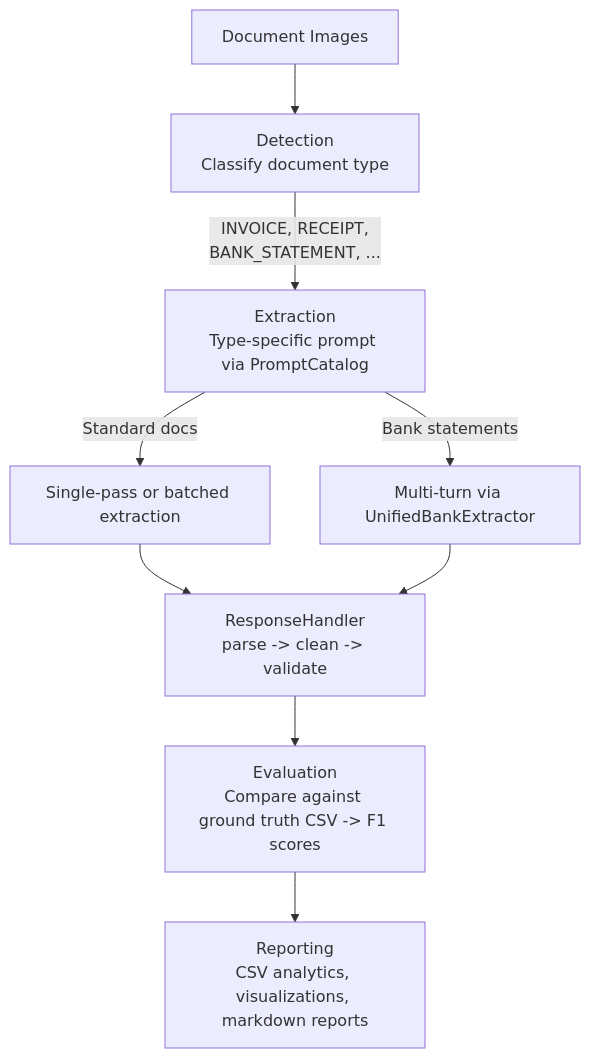
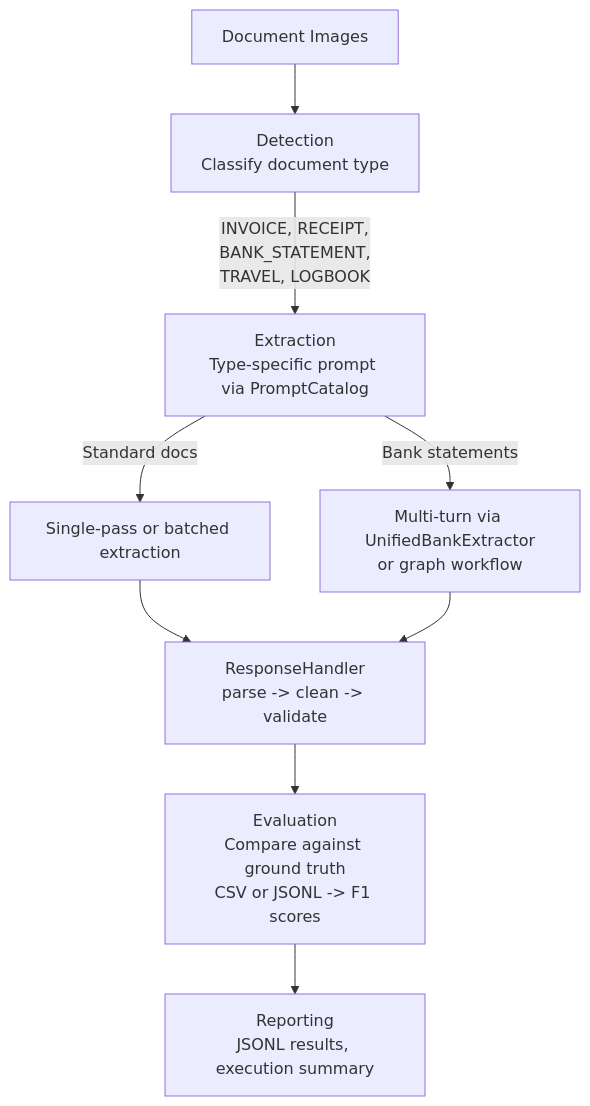
The third of 6 diagrams in README.md (tmnestor/LMM_POC), drawn with Mermaid before and after one commit. The commit also changed other lines of this file, not shown here.

Commit message:
docs: comprehensive README update with usage, graph workflows, entrypoint.sh reference

````diff
--- a/README.md
+++ b/README.md
@@ -236,17 +556,17 @@
 ```mermaid
 graph TD
     IMG["Document Images"] --> DET
 
     DET["Detection<br/>Classify document type"]
-    DET -->|"INVOICE, RECEIPT,<br/>BANK_STATEMENT, ..."| EXT
+    DET -->|"INVOICE, RECEIPT,<br/>BANK_STATEMENT,<br/>TRAVEL, LOGBOOK"| EXT
 
     EXT["Extraction<br/>Type-specific prompt via PromptCatalog"]
     EXT -->|"Standard docs"| STD["Single-pass or batched extraction"]
-    EXT -->|"Bank statements"| BANK["Multi-turn via UnifiedBankExtractor"]
+    EXT -->|"Bank statements"| BANK["Multi-turn via UnifiedBankExtractor<br/>or graph workflow"]
 
     STD --> RESP["ResponseHandler<br/>parse -> clean -> validate"]
     BANK --> RESP
 
-    RESP --> EVAL["Evaluation<br/>Compare against ground truth CSV -> F1 scores"]
-    EVAL --> RPT["Reporting<br/>CSV analytics, visualizations, markdown reports"]
+    RESP --> EVAL["Evaluation<br/>Compare against ground truth<br/>CSV or JSONL -> F1 scores"]
+    EVAL --> RPT["Reporting<br/>JSONL results, execution summary"]
 ```
````
